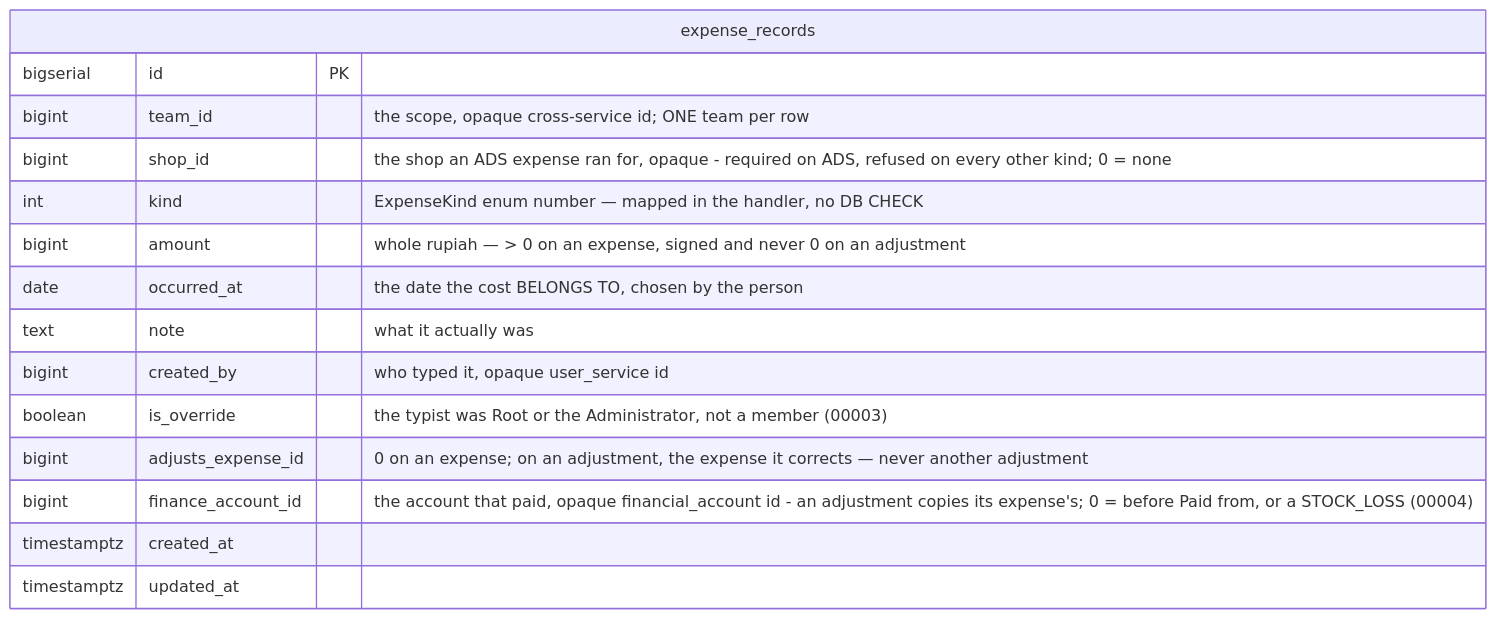
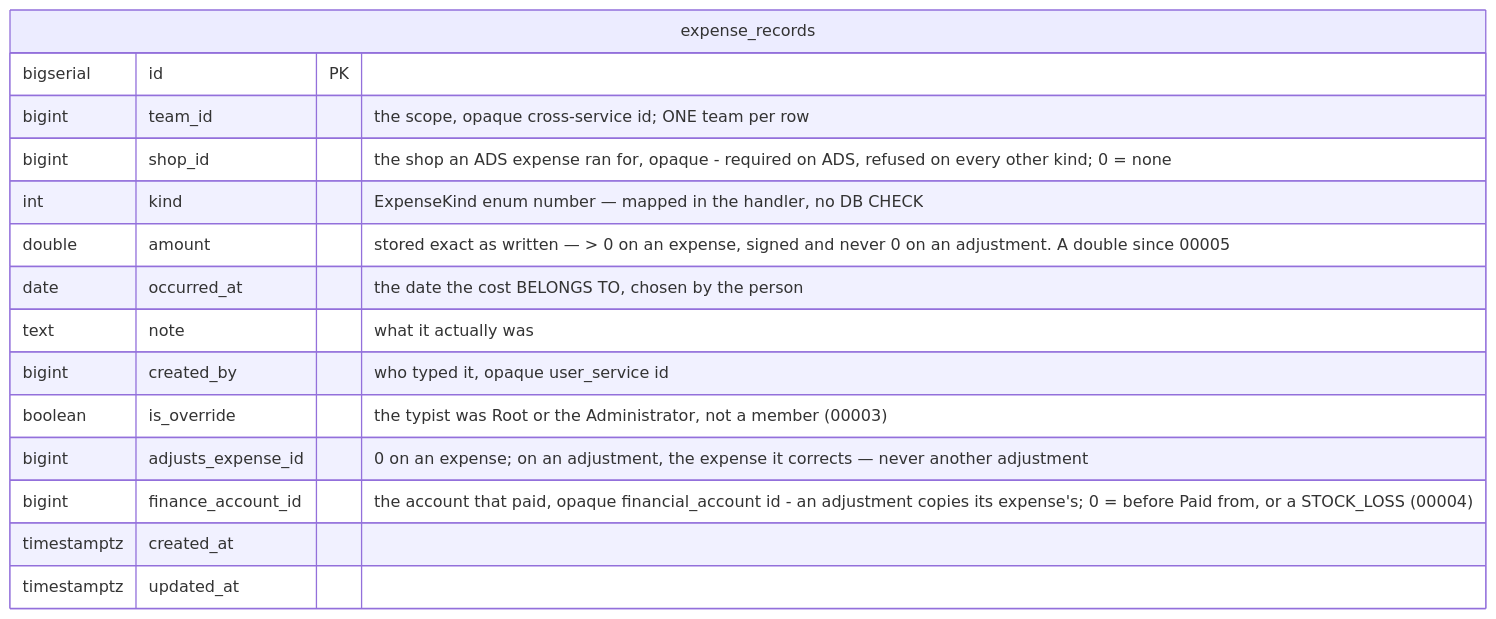
Before and after one commit to pdcgo/warehouse_revamp: diagram 16 of 23 in docs/database-schema.md, drawn with Mermaid. The commit also changed other lines of this file and 445 other files, not shown here.

````diff
--- a/docs/database-schema.md
+++ b/docs/database-schema.md
@@ -1682,18 +1706,18 @@
 ```mermaid
 erDiagram
     expense_records {
         bigserial   id          PK
         bigint      team_id     "the scope, opaque cross-service id; ONE team per row"
         bigint      shop_id     "the shop an ADS expense ran for, opaque - required on ADS, refused on every other kind; 0 = none"
         int         kind        "ExpenseKind enum number — mapped in the handler, no DB CHECK"
-        bigint      amount      "whole rupiah — > 0 on an expense, signed and never 0 on an adjustment"
+        double      amount      "stored exact as written — > 0 on an expense, signed and never 0 on an adjustment. A double since 00005"
         date        occurred_at "the date the cost BELONGS TO, chosen by the person"
         text        note        "what it actually was"
         bigint      created_by  "who typed it, opaque user_service id"
         boolean     is_override "the typist was Root or the Administrator, not a member (00003)"
         bigint      adjusts_expense_id "0 on an expense; on an adjustment, the expense it corrects — never another adjustment"
         bigint      finance_account_id "the account that paid, opaque financial_account id - an adjustment copies its expense's; 0 = before Paid from, or a STOCK_LOSS (00004)"
         timestamptz created_at
         timestamptz updated_at
     }
 ```
````
